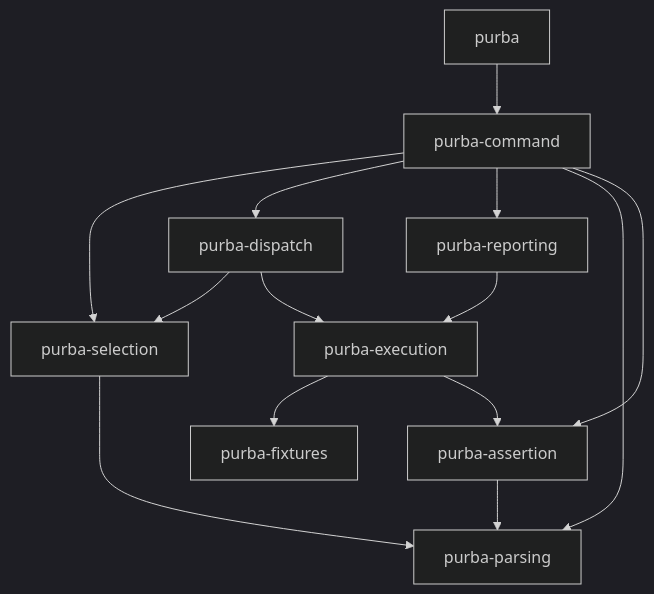
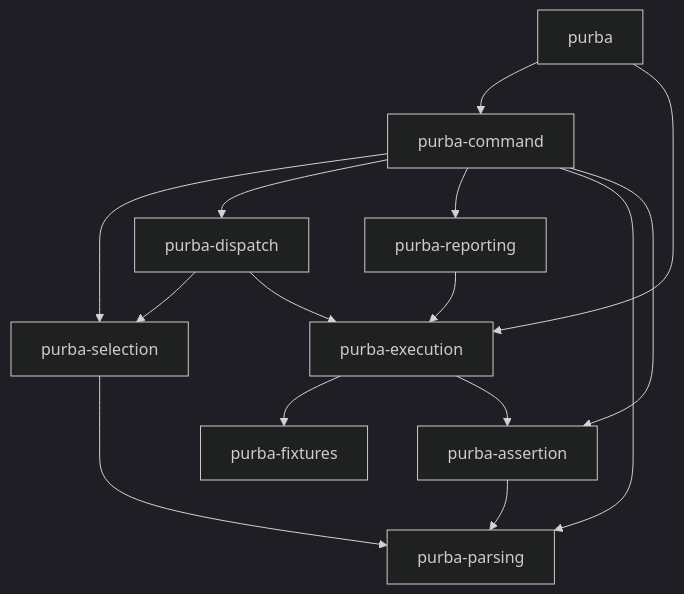
The diagram in docs/decisions/each-part-is-a-crate.md (kalonji-tools/purba), drawn with Mermaid (dark theme) before and after one commit. The commit also changed other lines of this file and 16 other files, not shown here.

````diff
--- a/docs/decisions/each-part-is-a-crate.md
+++ b/docs/decisions/each-part-is-a-crate.md
@@ -42,16 +42,17 @@
 ```mermaid
 flowchart TD
   purba --> purba-command
+  purba --> purba-execution
   purba-command --> purba-selection
   purba-command --> purba-dispatch
   purba-command --> purba-reporting
   purba-command --> purba-parsing
   purba-command --> purba-assertion
   purba-selection --> purba-parsing
   purba-assertion --> purba-parsing
   purba-dispatch --> purba-selection
   purba-dispatch --> purba-execution
   purba-execution --> purba-fixtures
   purba-execution --> purba-assertion
   purba-reporting --> purba-execution
 ```
````
